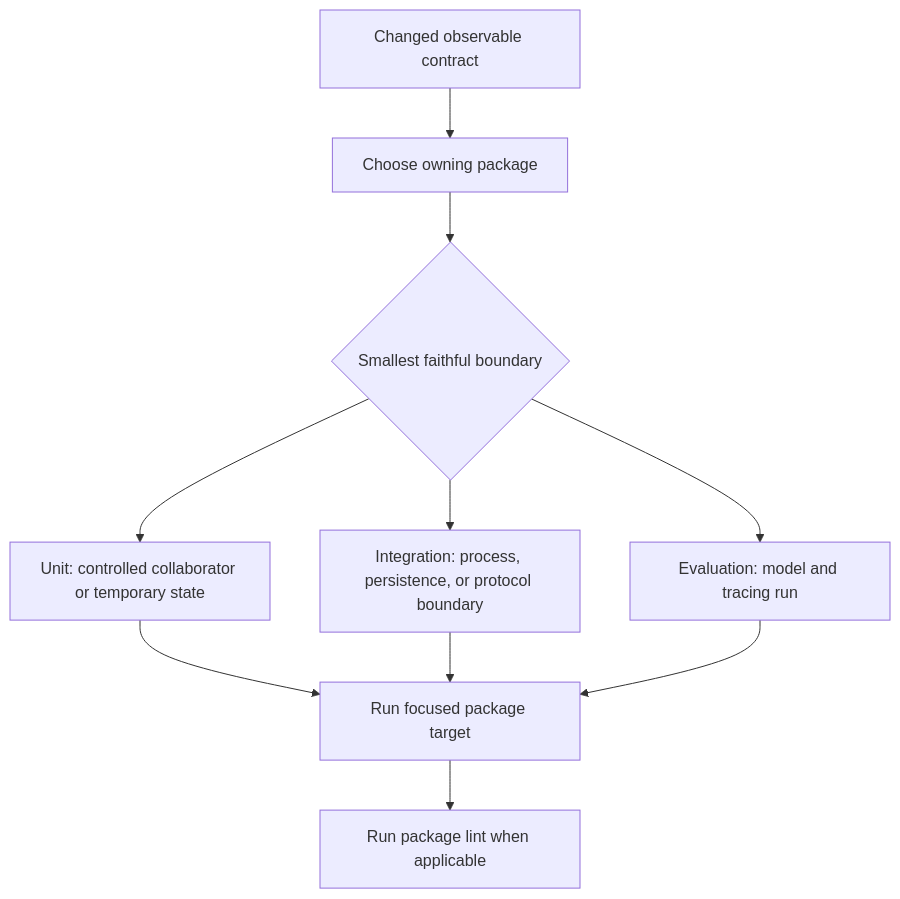
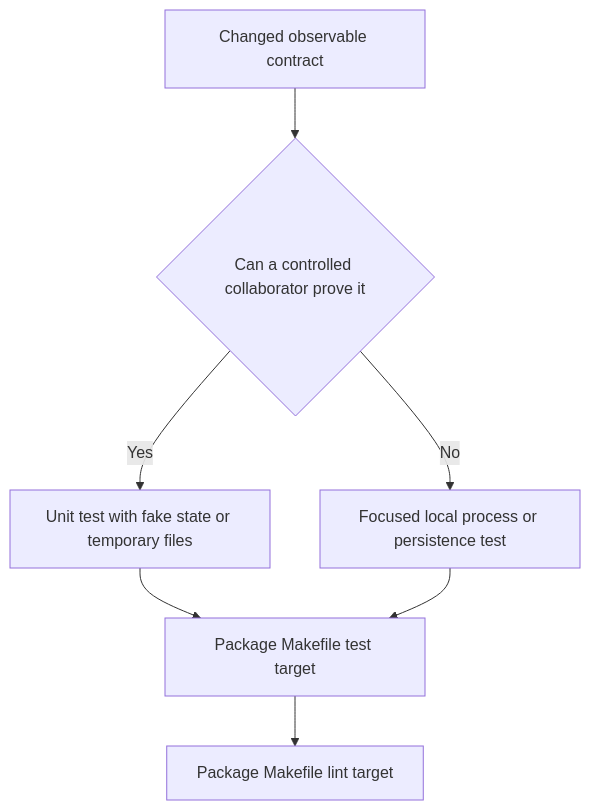
Before and after one commit to langchain-ai/deepagents: the first of 3 diagrams in openwiki/testing/testing-guide.md, drawn with Mermaid. The commit also changed other lines of this file and 33 other files, not shown here.

````diff
--- a/openwiki/testing/testing-guide.md
+++ b/openwiki/testing/testing-guide.md
@@ -63,12 +77,9 @@
 ```mermaid
 flowchart TD
-    Change["Changed observable contract"] --> Owner["Choose owning package"]
-    Owner --> Decision{"Smallest faithful boundary"}
-    Decision --> Unit["Unit: controlled collaborator or temporary state"]
-    Decision --> Process["Integration: process, persistence, or protocol boundary"]
-    Decision --> Eval["Evaluation: model and tracing run"]
-    Unit --> Target["Run focused package target"]
-    Process --> Target
-    Eval --> Target
-    Target --> Lint["Run package lint when applicable"]
+    Change["Changed observable contract"] --> Boundary{"Can a controlled collaborator prove it"}
+    Boundary -->|Yes| Unit["Unit test with fake state or temporary files"]
+    Boundary -->|No| Integration["Focused local process or persistence test"]
+    Unit --> Make["Package Makefile test target"]
+    Integration --> Make
+    Make --> Lint["Package Makefile lint target"]
 ```
````
